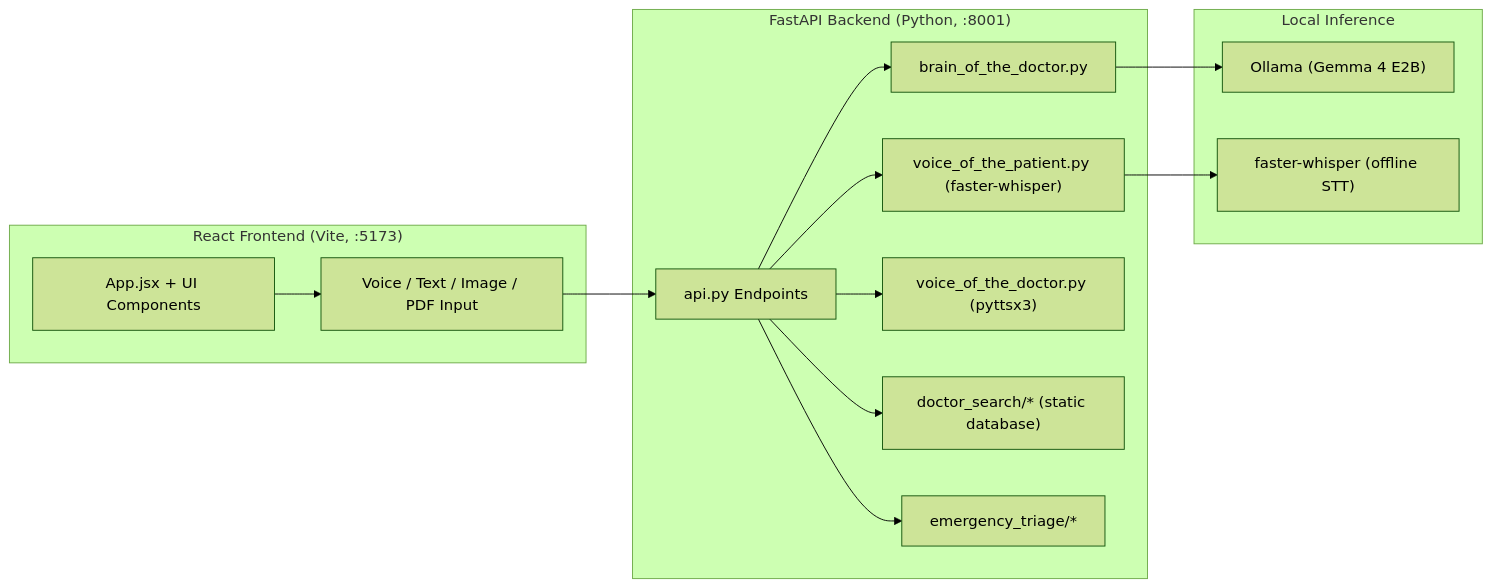
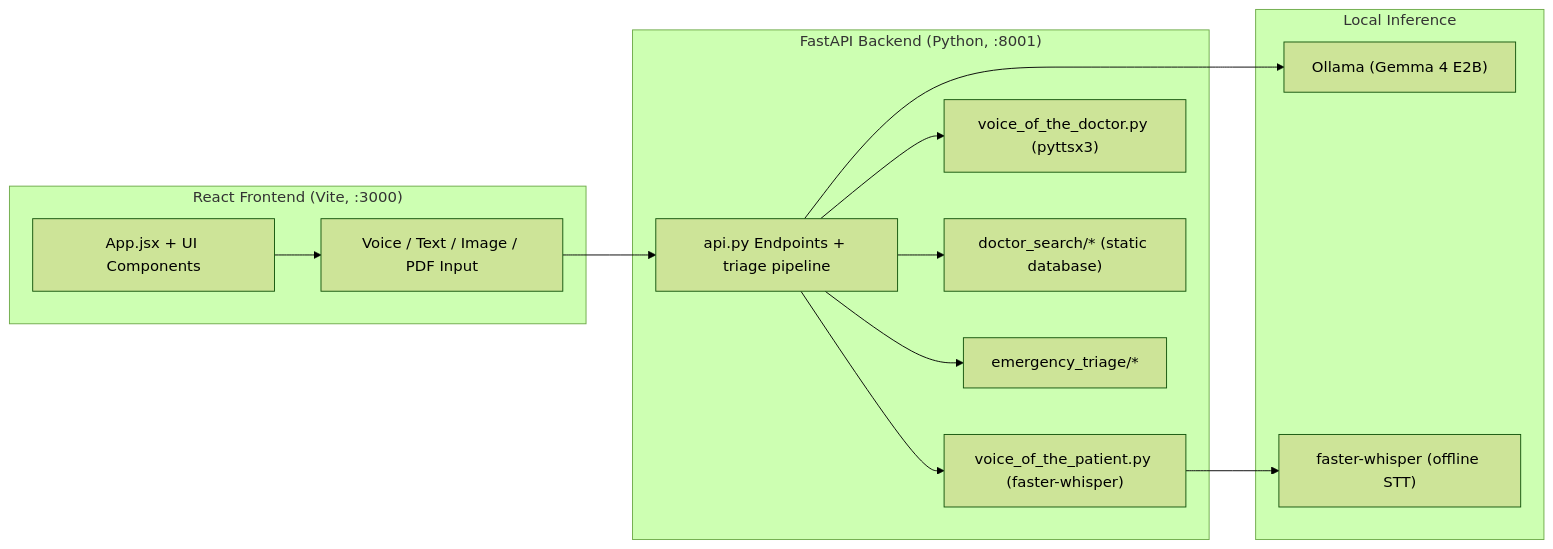
The second of 2 diagrams in README.md (aj4344/gemma-guardians-HealstationAI), drawn with Mermaid (forest theme) before and after one commit. The commit also changed other lines of this file and 19 other files, not shown here.

````diff
--- a/README.md
+++ b/README.md
@@ -190,31 +208,29 @@
 ```mermaid
 flowchart LR
-    subgraph Frontend["React Frontend (Vite, :5173)"]
+    subgraph Frontend["React Frontend (Vite, :3000)"]
         UI["App.jsx + UI Components"]
         Upload["Voice / Text / Image / PDF Input"]
     end
 
     subgraph Backend["FastAPI Backend (Python, :8001)"]
-        API["api.py Endpoints"]
-        Brain["brain_of_the_doctor.py"]
+        API["api.py Endpoints + triage pipeline"]
         STT["voice_of_the_patient.py (faster-whisper)"]
         TTS["voice_of_the_doctor.py (pyttsx3)"]
         Search["doctor_search/* (static database)"]
         Triage["emergency_triage/*"]
     end
 
     subgraph Local["Local Inference"]
         Ollama["Ollama (Gemma 4 E2B)"]
         Whisper["faster-whisper (offline STT)"]
     end
 
     UI --> Upload
     Upload --> API
-    API --> Brain
     API --> STT
     API --> TTS
     API --> Search
     API --> Triage
-    Brain --> Ollama
+    API --> Ollama
     STT --> Whisper
 ```
````
